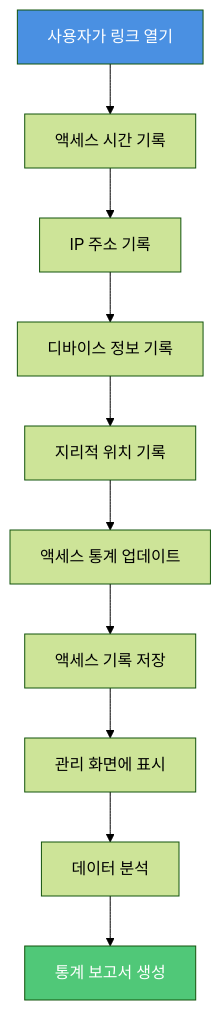
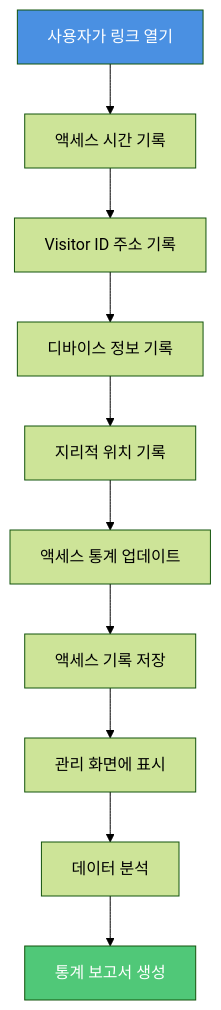
The sixth of 12 diagrams in src/content/blog/ko/pdf-sharing-introduction.md (mythenigma/cloudflareAstro), drawn with Mermaid (forest theme) before and after one commit. The commit also changed other lines of this file and 353 other files, not shown here.

````diff
--- a/src/content/blog/ko/pdf-sharing-introduction.md
+++ b/src/content/blog/ko/pdf-sharing-introduction.md
@@ -204,15 +204,15 @@
 ```mermaid
 flowchart TD
     A[사용자가 링크 열기] --> B[액세스 시간 기록]
-    B --> C[IP 주소 기록]
+    B --> C[Visitor ID 주소 기록]
     C --> D[디바이스 정보 기록]
     D --> E[지리적 위치 기록]
     E --> F[액세스 통계 업데이트]
     F --> G[액세스 기록 저장]
     G --> H[관리 화면에 표시]
     H --> I[데이터 분석]
     I --> J[통계 보고서 생성]
     
     style A fill:#4A90E2,color:#fff
     style J fill:#50C878,color:#fff
 ```
````
